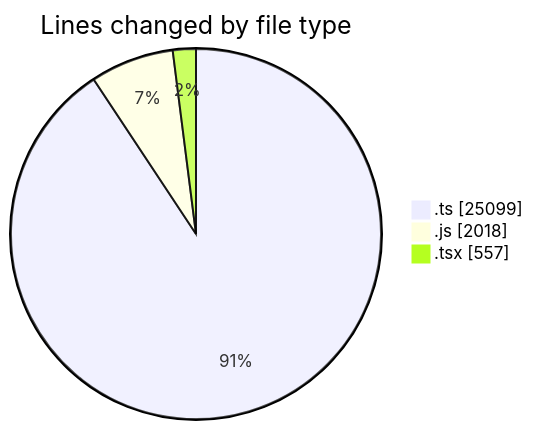
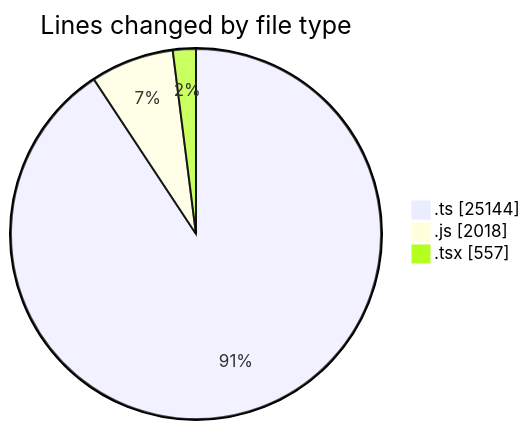
Before and after one commit to momahboobian/code-tracking: the first of 2 diagrams in 2025-06-20/cda/README.md, drawn with Mermaid. The commit also changed other lines of this file and 1 other file, not shown here.

````diff
--- a/2025-06-20/cda/README.md
+++ b/2025-06-20/cda/README.md
@@ -40,7 +40,7 @@
 ```mermaid
 pie showData
 title Lines changed by file type
-".ts" : 25099
+".ts" : 25144
 ".js" : 2018
 ".tsx" : 557
 ```
````
